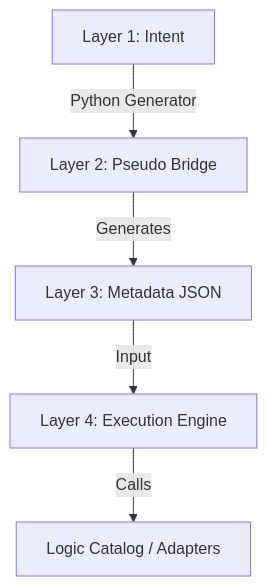
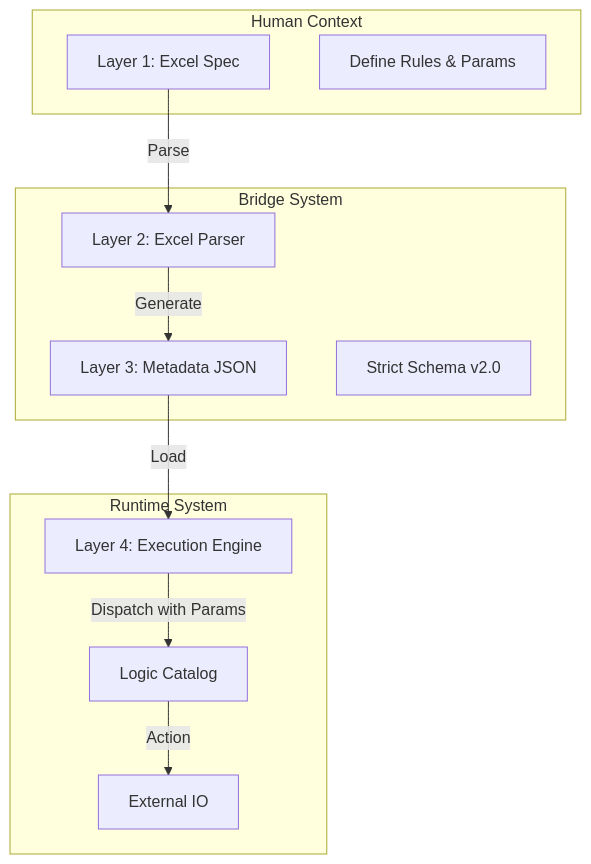
One commit to hitoshikumagai/Pseudo-Semantic-Bridge changed the diagram in README.md. Above: the diagram before and after it, drawn with Mermaid. The commit also changed other lines of this file and 2 other files, not shown here.

````diff
--- a/README.md
+++ b/README.md
@@ -34,7 +57,26 @@
 ```mermaid
 graph TD
-    A[Layer 1: Intent] -->|Python Generator| B[Layer 2: Pseudo Bridge]
-    B -->|Generates| C[Layer 3: Metadata JSON]
-    C -->|Input| D[Layer 4: Execution Engine]
-    D -->|Calls| E[Logic Catalog / Adapters]
+    subgraph Human Context
+        A[Layer 1: Excel Spec]
+        NoteA[Define Rules & Params]
+    end
+
+    subgraph Bridge System
+        B[Layer 2: Excel Parser]
+        C[Layer 3: Metadata JSON]
+        NoteC[Strict Schema v2.0]
+    end
+
+    subgraph Runtime System
+        D[Layer 4: Execution Engine]
+        E[Logic Catalog]
+        F[External IO]
+    end
+
+    A -->|Parse| B
+    B -->|Generate| C
+    C -->|Load| D
+    D -->|Dispatch with Params| E
+    E -->|Action| F
+
 ```
````
